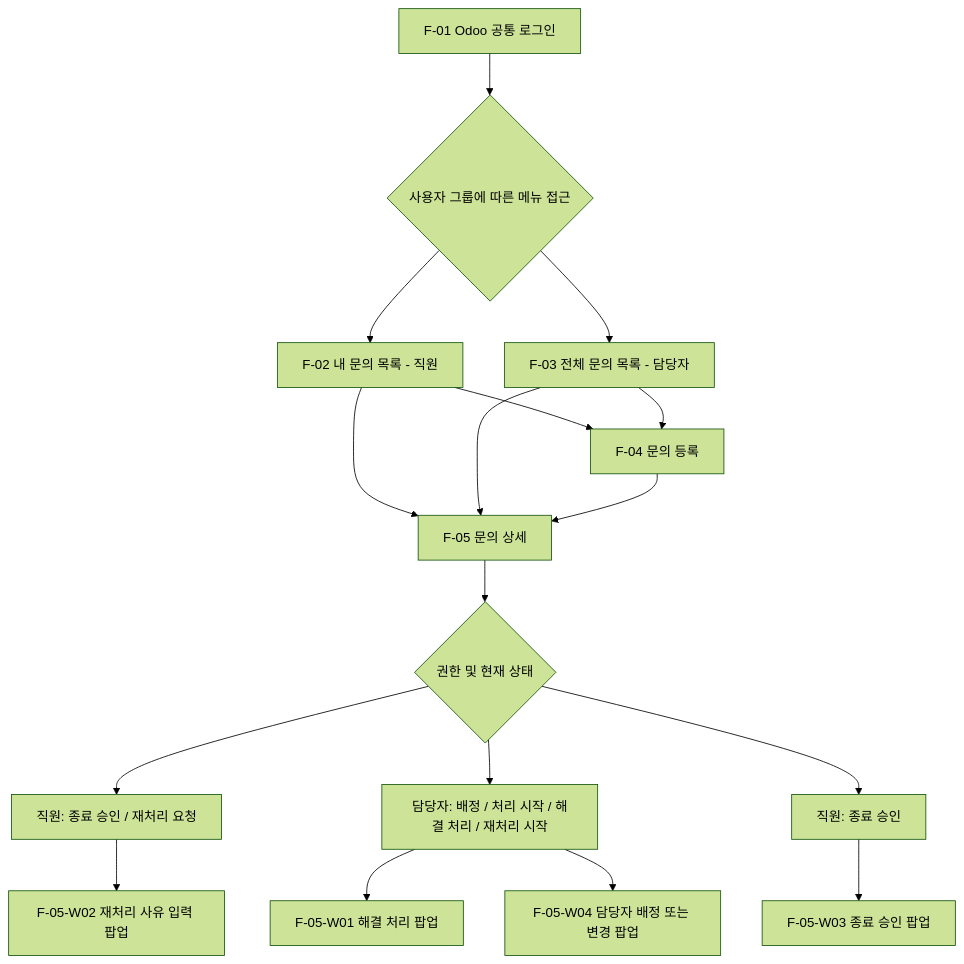
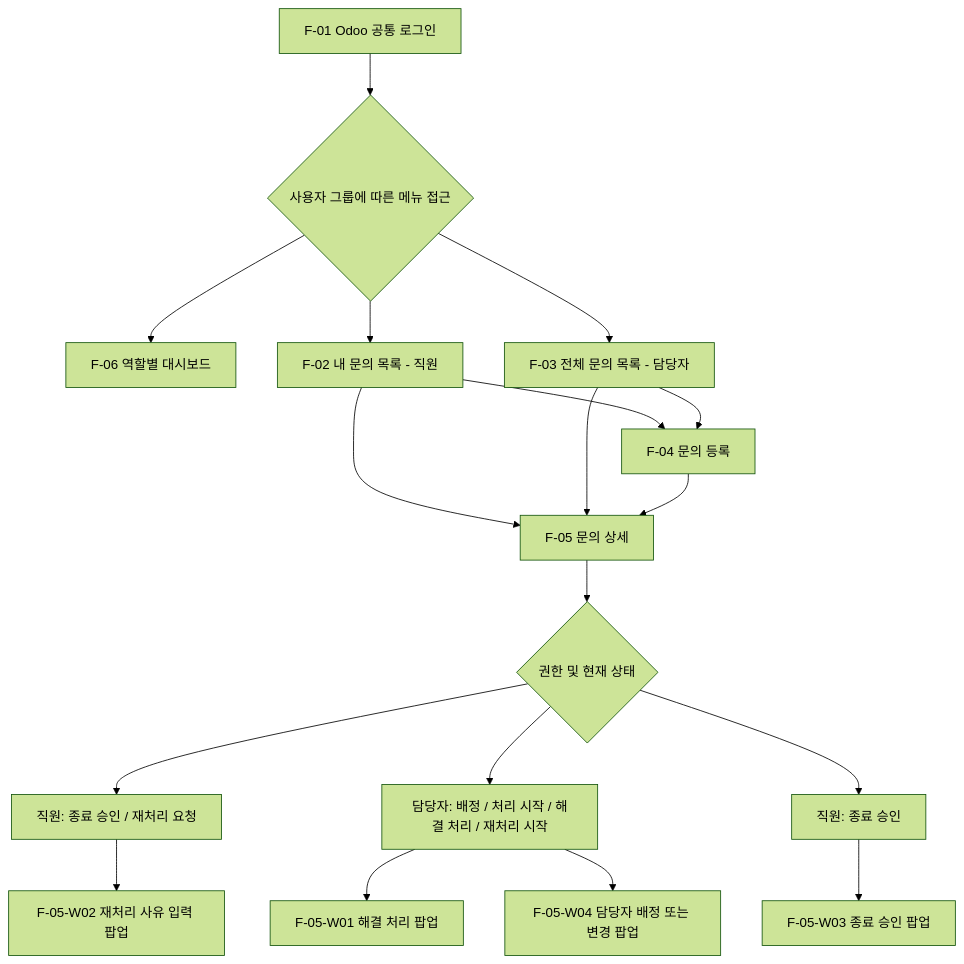
One commit to SeongMin-089/IT-Helpdesk changed the diagram in docs/screen-design.md. Above: the diagram before and after it, drawn with Mermaid (forest theme). The commit also changed other lines of this file and 8 other files, not shown here.

````diff
--- a/docs/screen-design.md
+++ b/docs/screen-design.md
@@ -8,19 +8,20 @@
 ```mermaid
 flowchart TD
     A[F-01 Odoo 공통 로그인] --> B{사용자 그룹에 따른 메뉴 접근}
+    B --> O[F-06 역할별 대시보드]
     B --> C[F-02 내 문의 목록 - 직원]
     B --> D[F-03 전체 문의 목록 - 담당자]
     C --> E[F-04 문의 등록]
     D --> E
     C --> F[F-05 문의 상세]
     D --> F
     E --> F
     F --> G{권한 및 현재 상태}
     G --> H[직원: 종료 승인 / 재처리 요청]
     G --> I[담당자: 배정 / 처리 시작 / 해결 처리 / 재처리 시작]
     I --> J[F-05-W01 해결 처리 팝업]
     H --> K[F-05-W02 재처리 사유 입력 팝업]
     G --> L[직원: 종료 승인]
     L --> M[F-05-W03 종료 승인 팝업]
     I --> N[F-05-W04 담당자 배정 또는 변경 팝업]
 ```
````
